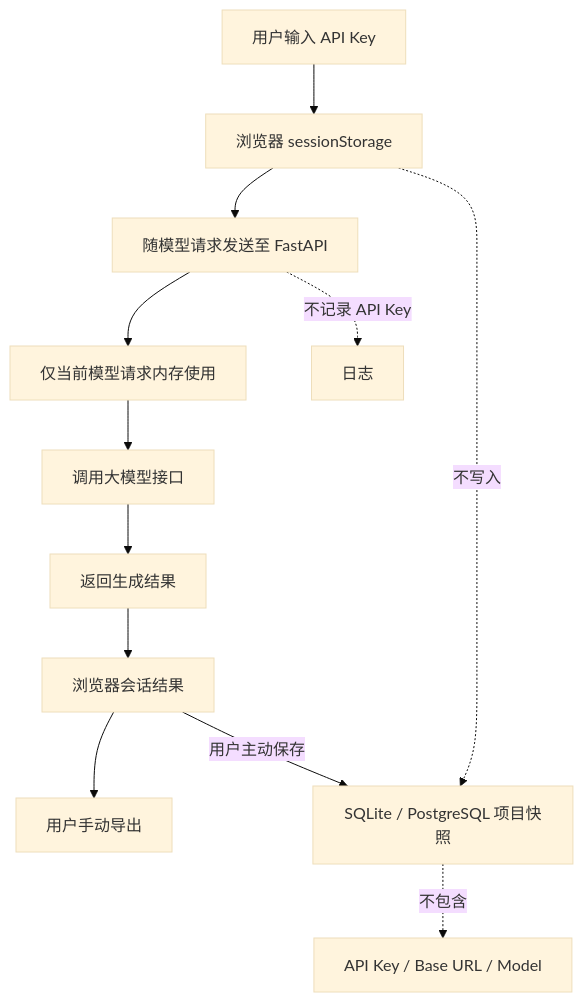
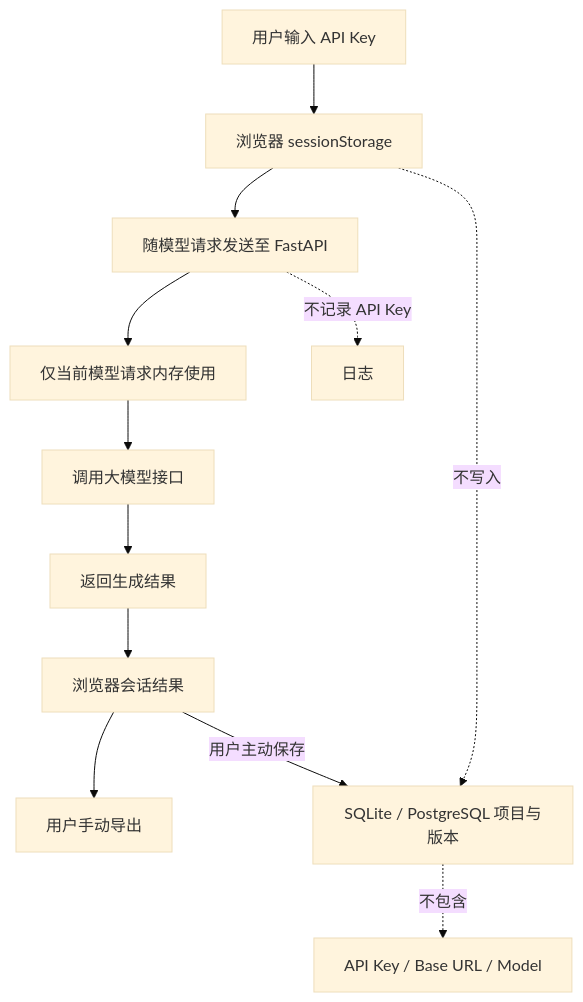
The fourth of 6 diagrams in README.md (liqinglq666/zhilink-tianhe-enterprise-ai-workspace), drawn with Mermaid (base theme) before and after one commit. The commit also changed other lines of this file, not shown here.

````diff
--- a/README.md
+++ b/README.md
@@ -362,15 +381,15 @@
 ```mermaid
 flowchart TD
     A[用户输入 API Key] --> B[浏览器 sessionStorage]
     B --> C[随模型请求发送至 FastAPI]
     C --> D[仅当前模型请求内存使用]
     D --> E[调用大模型接口]
     E --> F[返回生成结果]
     F --> G[浏览器会话结果]
     G --> H[用户手动导出]
-    G -->|用户主动保存| P[SQLite / PostgreSQL 项目快照]
+    G -->|用户主动保存| P[SQLite / PostgreSQL 项目与版本]
 
     B -.不写入.-> P
     C -.不记录 API Key.-> Log[日志]
     P -.不包含.-> Key[API Key / Base URL / Model]
 ```
````
